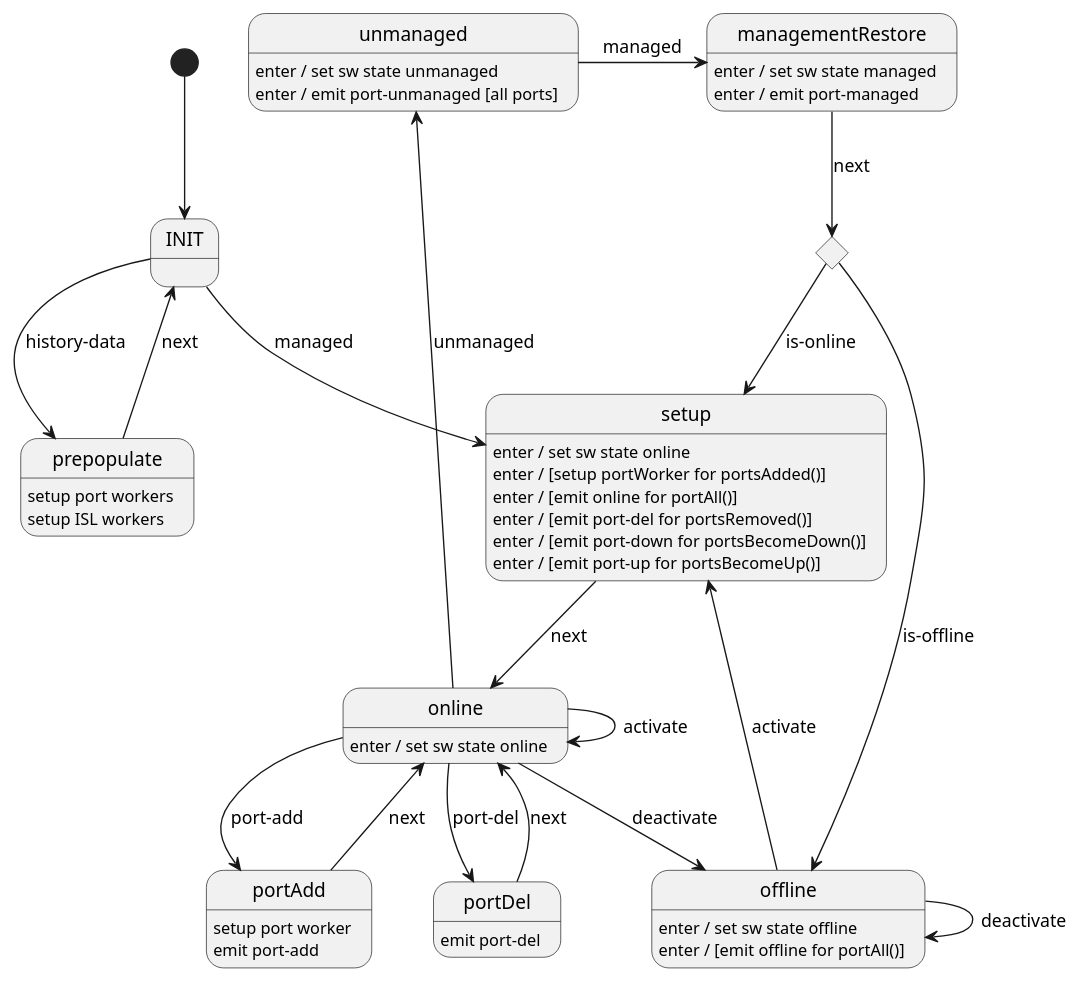
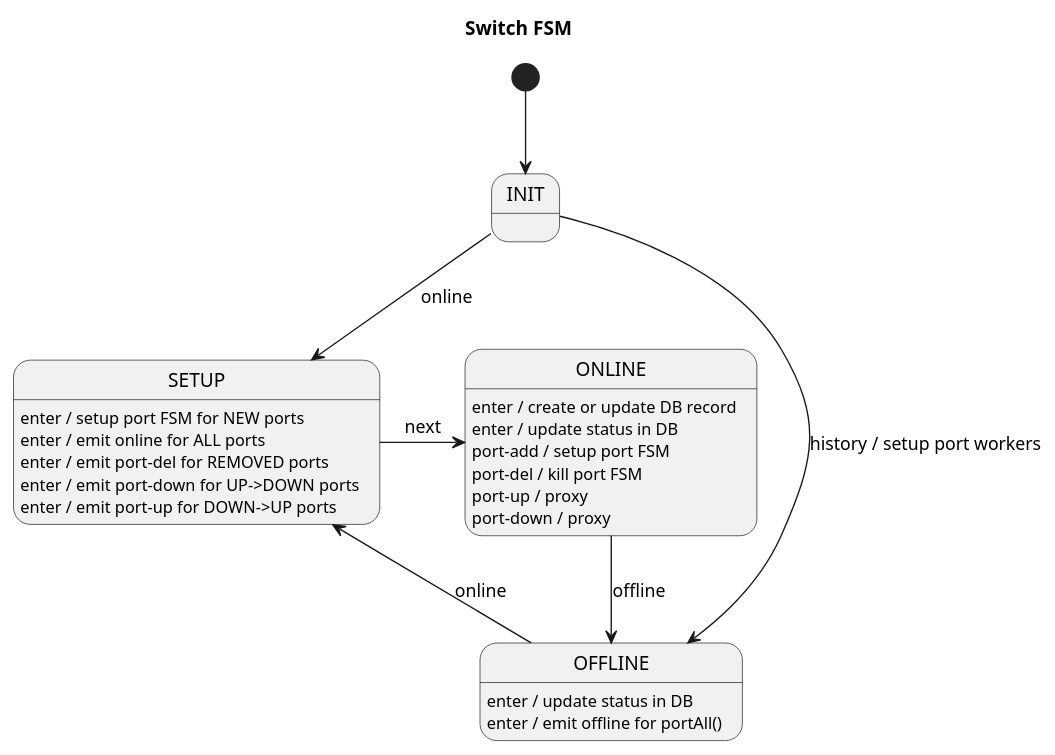
The diagram in docs/design/network-discovery/switch-FSM.puml (telstra/open-kilda), drawn with PlantUML before and after one commit. The commit also changed other lines of this file and 176 other files, not shown here.

```diff
--- a/docs/design/network-discovery/switch-FSM.puml
+++ b/docs/design/network-discovery/switch-FSM.puml
@@ -1,51 +22,27 @@
 @startuml
+title Switch FSM
+
 [*] --> INIT
 
-state switchSync <<choice>>
+INIT --> OFFLINE : history / setup port workers
+INIT --> SETUP : online
 
-INIT --> prepopulate : history-data
-INIT --> setup : managed
+SETUP : enter / setup port FSM for NEW ports
+SETUP : enter / emit online for ALL ports
+SETUP : enter / emit port-del for REMOVED ports
+SETUP : enter / emit port-down for UP->DOWN ports
+SETUP : enter / emit port-up for DOWN->UP ports
+SETUP -r-> ONLINE : next
 
-prepopulate : setup port workers
-prepopulate : setup ISL workers
-prepopulate --> INIT : next
+ONLINE : enter / create or update DB record
+ONLINE : enter / update status in DB
+ONLINE : port-add / setup port FSM
+ONLINE : port-del / kill port FSM
+ONLINE : port-up / proxy
+ONLINE : port-down / proxy
+ONLINE --> OFFLINE : offline
 
-switchSync --> setup : is-online
-switchSync --> offline : is-offline
-
-setup : enter / set sw state online
-setup : enter / [setup portWorker for portsAdded()]
-setup : enter / [emit online for portAll()]
-setup : enter / [emit port-del for portsRemoved()]
-setup : enter / [emit port-down for portsBecomeDown()]
-setup : enter / [emit port-up for portsBecomeUp()]
-setup --> online : next
-
-online : enter / set sw state online
-online --> online : activate
-online --> offline : deactivate
-online --> portAdd : port-add
-online --> portDel : port-del
-online -u-> unmanaged : unmanaged
-
-portAdd : setup port worker
-portAdd : emit port-add
-portAdd --> online : next
-
-portDel : emit port-del
-portDel --> online : next
-
-offline : enter / set sw state offline
-offline : enter / [emit offline for portAll()]
-offline --> setup : activate
-offline --> offline : deactivate
-
-unmanaged : enter / set sw state unmanaged
-unmanaged : enter / emit port-unmanaged [all ports]
-unmanaged -r-> managementRestore : managed
-
-managementRestore : enter / set sw state managed
-managementRestore : enter / emit port-managed
-managementRestore --> switchSync : next
-
+OFFLINE : enter / update status in DB
+OFFLINE : enter / emit offline for portAll()
+OFFLINE --> SETUP : online
 @enduml
```
